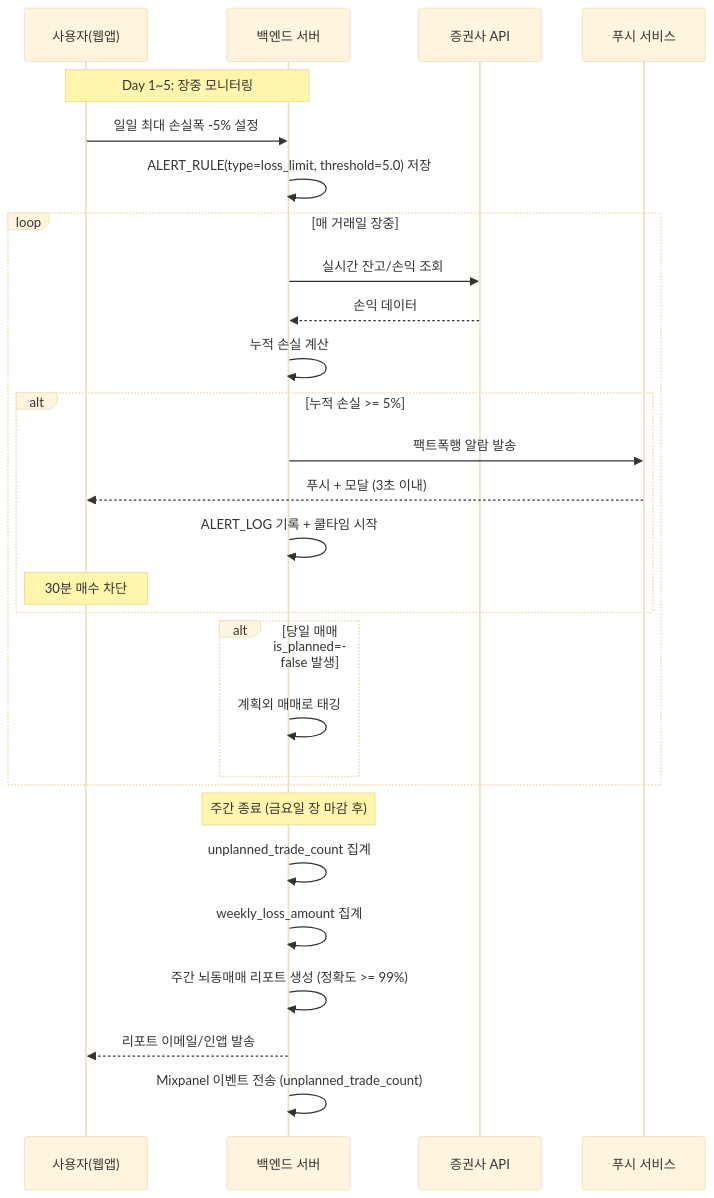
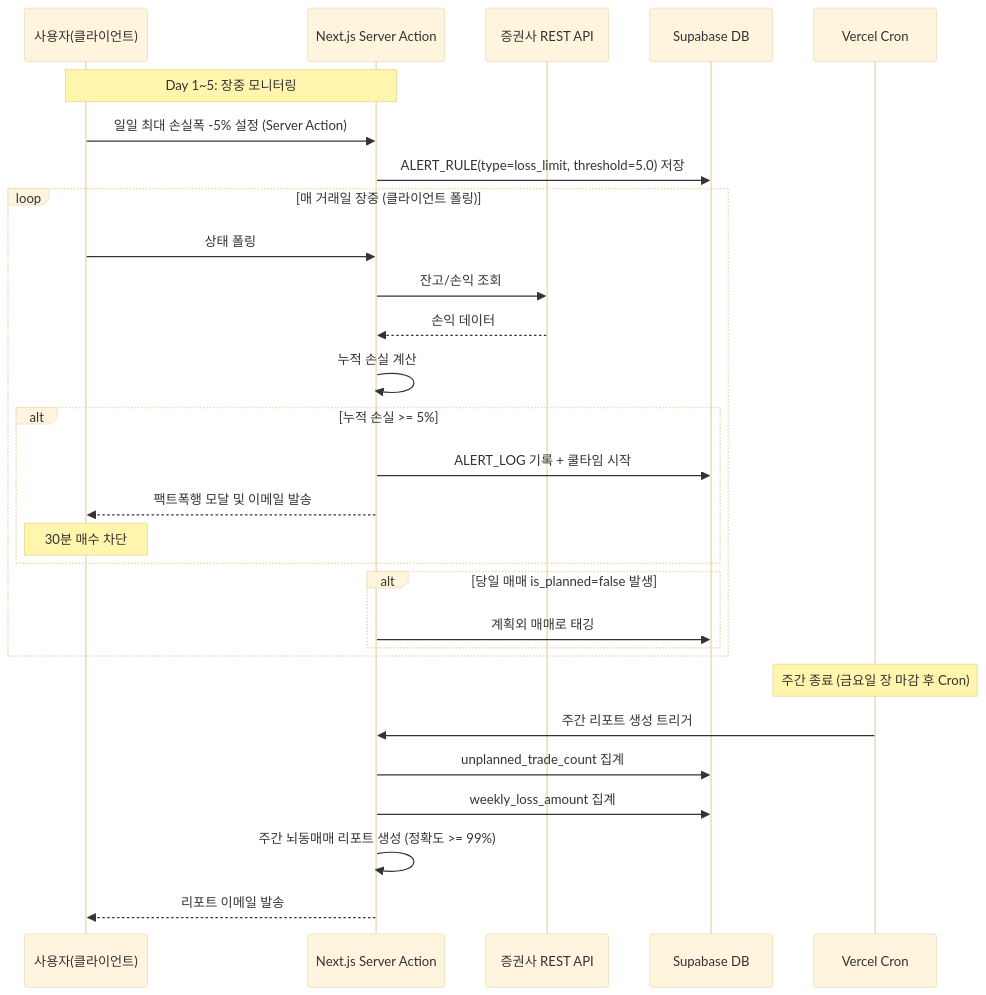
One commit to innovate5945/SRS-from-PRD-Youtuber changed the tenth of 10 diagrams in SRS-Drafts/SRS_v0_1_Opus.md. Above: the diagram before and after it, drawn with Mermaid (base theme). The commit also changed other lines of this file and 5 other files, not shown here.

````diff
--- a/SRS-Drafts/SRS_v0_1_Opus.md
+++ b/SRS-Drafts/SRS_v0_1_Opus.md
@@ -931,35 +911,36 @@
 ```mermaid
 sequenceDiagram
-    participant U as 사용자(웹앱)
-    participant S as 백엔드 서버
-    participant B as 증권사 API
-    participant P as 푸시 서비스
+    participant U as 사용자(클라이언트)
+    participant S as Next.js Server Action
+    participant B as 증권사 REST API
+    participant DB as Supabase DB
+    participant CRON as Vercel Cron
 
     Note over U,S: Day 1~5: 장중 모니터링
-    U->>S: 일일 최대 손실폭 -5% 설정
-    S->>S: ALERT_RULE(type=loss_limit, threshold=5.0) 저장
+    U->>S: 일일 최대 손실폭 -5% 설정 (Server Action)
+    S->>DB: ALERT_RULE(type=loss_limit, threshold=5.0) 저장
 
-    loop 매 거래일 장중
-        S->>B: 실시간 잔고/손익 조회
+    loop 매 거래일 장중 (클라이언트 폴링)
+        U->>S: 상태 폴링
+        S->>B: 잔고/손익 조회
         B-->>S: 손익 데이터
         S->>S: 누적 손실 계산
 
         alt 누적 손실 >= 5%
-            S->>P: 팩트폭행 알람 발송
-            P-->>U: 푸시 + 모달 (3초 이내)
-            S->>S: ALERT_LOG 기록 + 쿨타임 시작
+            S->>DB: ALERT_LOG 기록 + 쿨타임 시작
+            S-->>U: 팩트폭행 모달 및 이메일 발송
             Note over U: 30분 매수 차단
         end
 
         alt 당일 매매 is_planned=false 발생
-            S->>S: 계획외 매매로 태깅
+            S->>DB: 계획외 매매로 태깅
         end
     end
 
-    Note over S: 주간 종료 (금요일 장 마감 후)
-    S->>S: unplanned_trade_count 집계
-    S->>S: weekly_loss_amount 집계
+    Note over CRON: 주간 종료 (금요일 장 마감 후 Cron)
+    CRON->>S: 주간 리포트 생성 트리거
+    S->>DB: unplanned_trade_count 집계
+    S->>DB: weekly_loss_amount 집계
     S->>S: 주간 뇌동매매 리포트 생성 (정확도 >= 99%)
-    S-->>U: 리포트 이메일/인앱 발송
-    S->>S: Mixpanel 이벤트 전송 (unplanned_trade_count)
+    S-->>U: 리포트 이메일 발송
 ```
````
